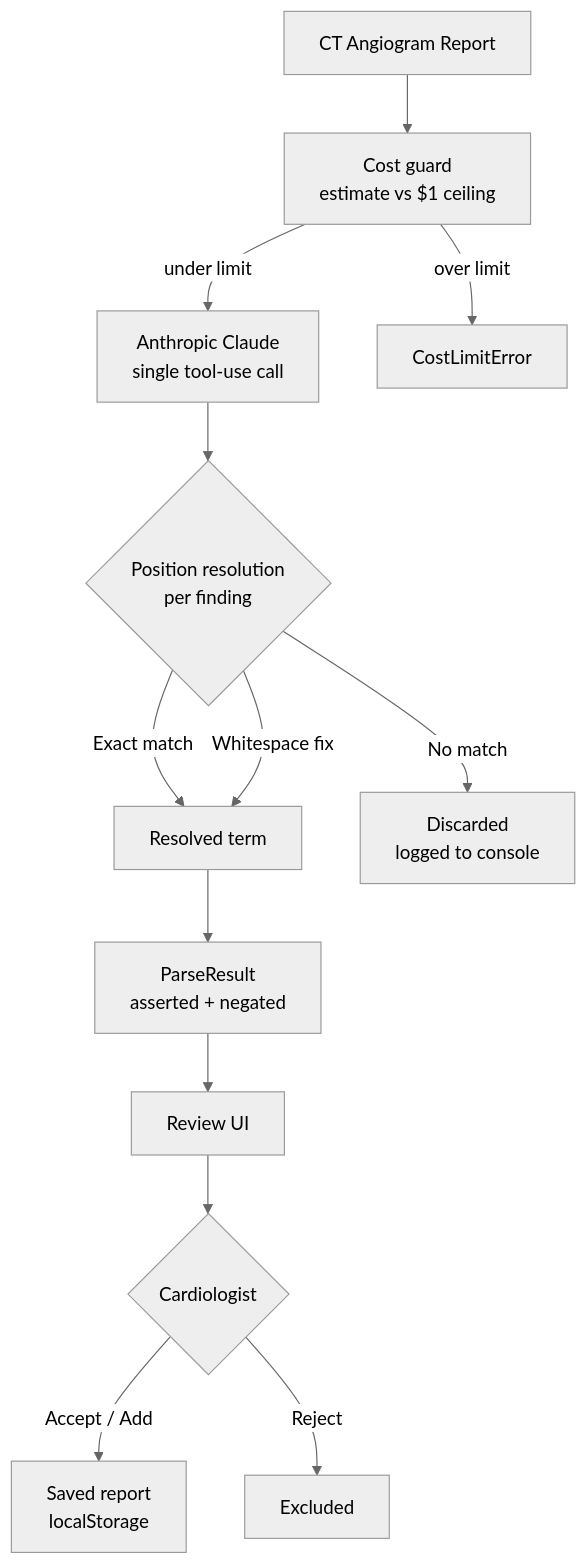
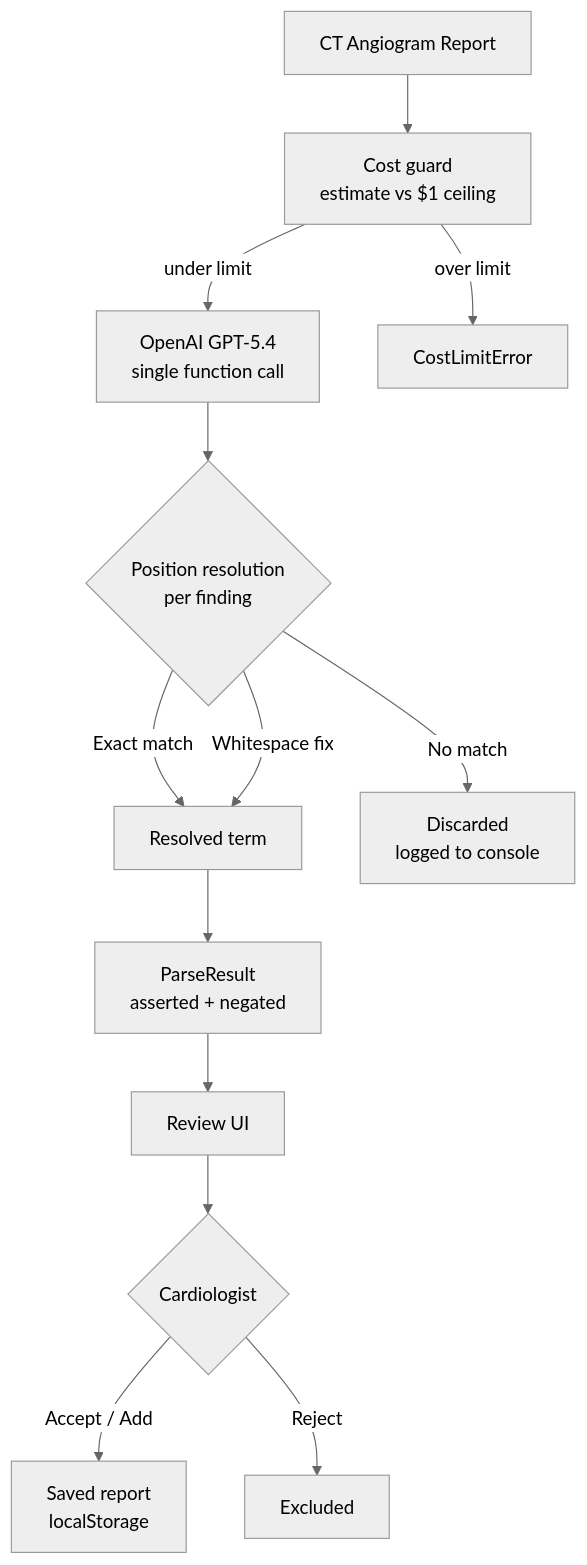
Before and after one commit to nino-triandafilidis/coronary-anomaly-analytics: the diagram in README.md, drawn with Mermaid (neutral theme). The commit also changed other lines of this file and 9 other files, not shown here.

````diff
--- a/README.md
+++ b/README.md
@@ -16,15 +16,15 @@
 ```mermaid
 flowchart TD
     A[CT Angiogram Report] --> B[Cost guard\nestimate vs $1 ceiling]
-    B -->|under limit| C[Anthropic Claude\nsingle tool-use call]
+    B -->|under limit| C[OpenAI GPT-5.4\nsingle function call]
     B -->|over limit| H[CostLimitError]
     C --> D{Position resolution\nper finding}
     D -->|Exact match| E[Resolved term]
     D -->|Whitespace fix| E
     D -->|No match| F[Discarded\nlogged to console]
     E --> G[ParseResult\nasserted + negated]
     G --> R[Review UI]
     R --> S{Cardiologist}
     S -->|Accept / Add| DB[Saved report\nlocalStorage]
     S -->|Reject| X[Excluded]
 ```
````
